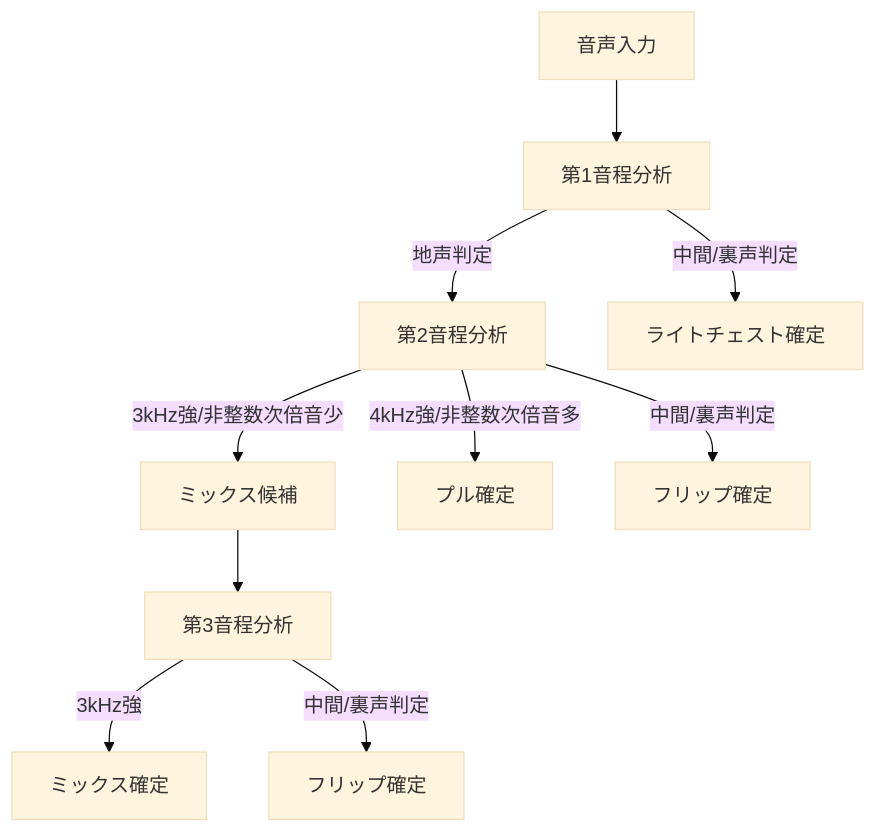
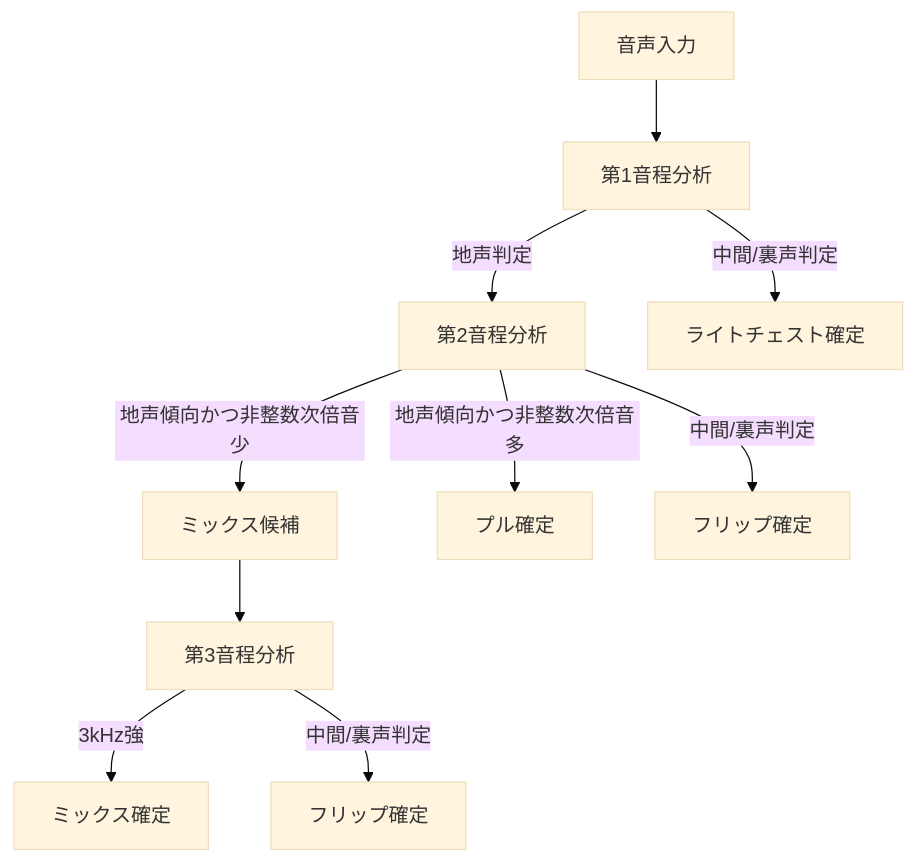
Before and after one commit to sow8823/voice-processing: the diagram in updated_voice_type_analysis.md, drawn with Mermaid (base theme). The commit also changed other lines of this file and 2 other files, not shown here.

````diff
--- a/updated_voice_type_analysis.md
+++ b/updated_voice_type_analysis.md
@@ -27,12 +27,12 @@
 ```mermaid
 graph TD
     A[音声入力] --> B[第1音程分析]
     B -->|地声判定| C[第2音程分析]
     B -->|中間/裏声判定| D[ライトチェスト確定]
-    C -->|3kHz強/非整数次倍音少| E[ミックス候補]
-    C -->|4kHz強/非整数次倍音多| F[プル確定]
+    C -->|地声傾向かつ非整数次倍音少| E[ミックス候補]
+    C -->|地声傾向かつ非整数次倍音多| F[プル確定]
     C -->|中間/裏声判定| G[フリップ確定]
     E --> H[第3音程分析]
     H -->|3kHz強| I[ミックス確定]
     H -->|中間/裏声判定| J[フリップ確定]
 ```
````
